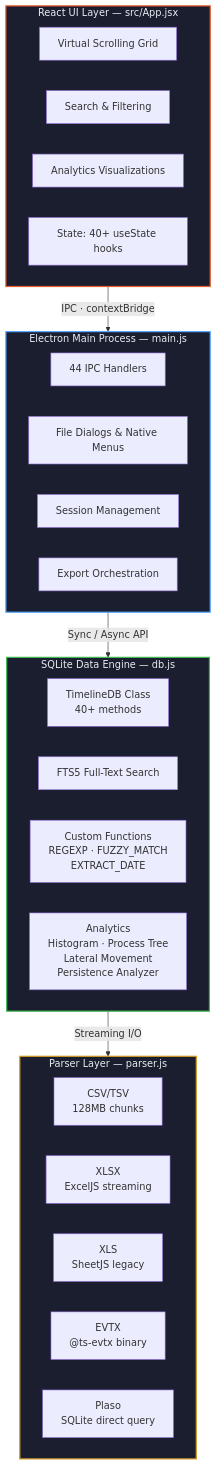
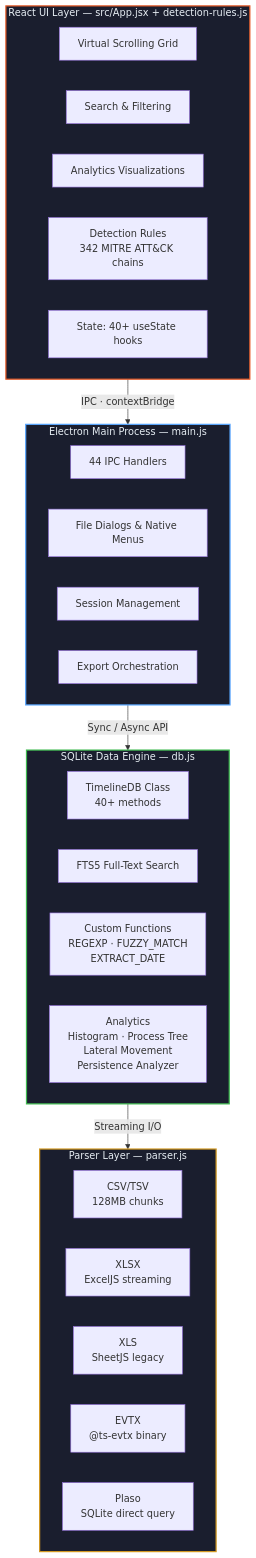
The diagram in docs/about/architecture.md (r3nzsec/irflow-timeline), drawn with Mermaid before and after one commit. The commit also changed other lines of this file and 8 other files, not shown here.

````diff
--- a/docs/about/architecture.md
+++ b/docs/about/architecture.md
@@ -7,44 +7,45 @@
 ```mermaid
 graph TB
-    subgraph Renderer["React UI Layer — src/App.jsx"]
+    subgraph Renderer["React UI Layer — src/App.jsx + detection-rules.js"]
         direction LR
         Grid["Virtual Scrolling Grid"]
         Search["Search & Filtering"]
         Analytics["Analytics Visualizations"]
+        Rules["Detection Rules\n342 MITRE ATT&CK chains"]
         State["State: 40+ useState hooks"]
     end
 
     subgraph Main["Electron Main Process — main.js"]
         direction LR
         IPC_H["44 IPC Handlers"]
         Dialogs["File Dialogs & Native Menus"]
         Session["Session Management"]
         Export["Export Orchestration"]
     end
 
     subgraph DB["SQLite Data Engine — db.js"]
         direction LR
         TDB["TimelineDB Class\n40+ methods"]
         FTS["FTS5 Full-Text Search"]
         Funcs["Custom Functions\nREGEXP · FUZZY_MATCH\nEXTRACT_DATE"]
         Analyze["Analytics\nHistogram · Process Tree\nLateral Movement\nPersistence Analyzer"]
     end
 
     subgraph Parser["Parser Layer — parser.js"]
         direction LR
         CSV["CSV/TSV\n128MB chunks"]
         XLSX["XLSX\nExcelJS streaming"]
         XLS["XLS\nSheetJS legacy"]
         EVTX["EVTX\n@ts-evtx binary"]
         Plaso["Plaso\nSQLite direct query"]
     end
 
     Renderer -->|"IPC · contextBridge"| Main
     Main -->|"Sync / Async API"| DB
     DB -->|"Streaming I/O"| Parser
 
     style Renderer fill:#1a1e2e,stroke:#E85D2A,stroke-width:2px,color:#e6edf3
     style Main fill:#1a1e2e,stroke:#58a6ff,stroke-width:2px,color:#e6edf3
     style DB fill:#1a1e2e,stroke:#3fb950,stroke-width:2px,color:#e6edf3
     style Parser fill:#1a1e2e,stroke:#d29922,stroke-width:2px,color:#e6edf3
 ```
````
